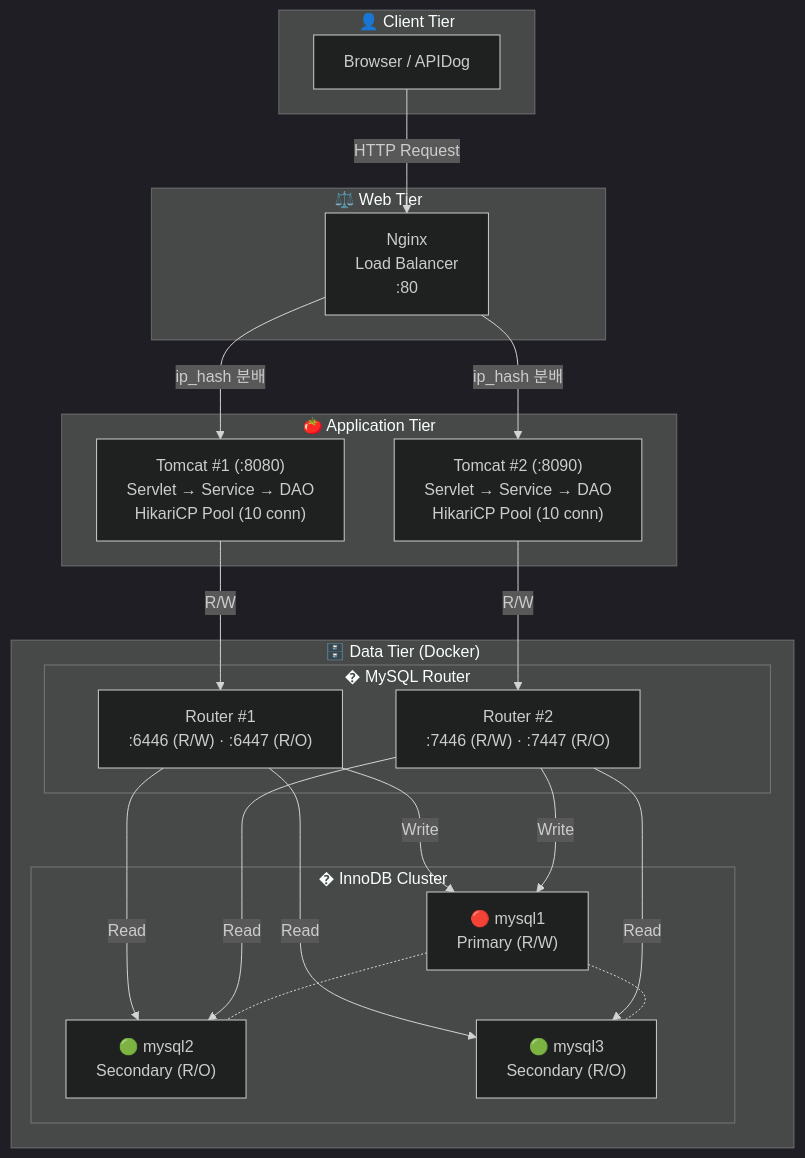
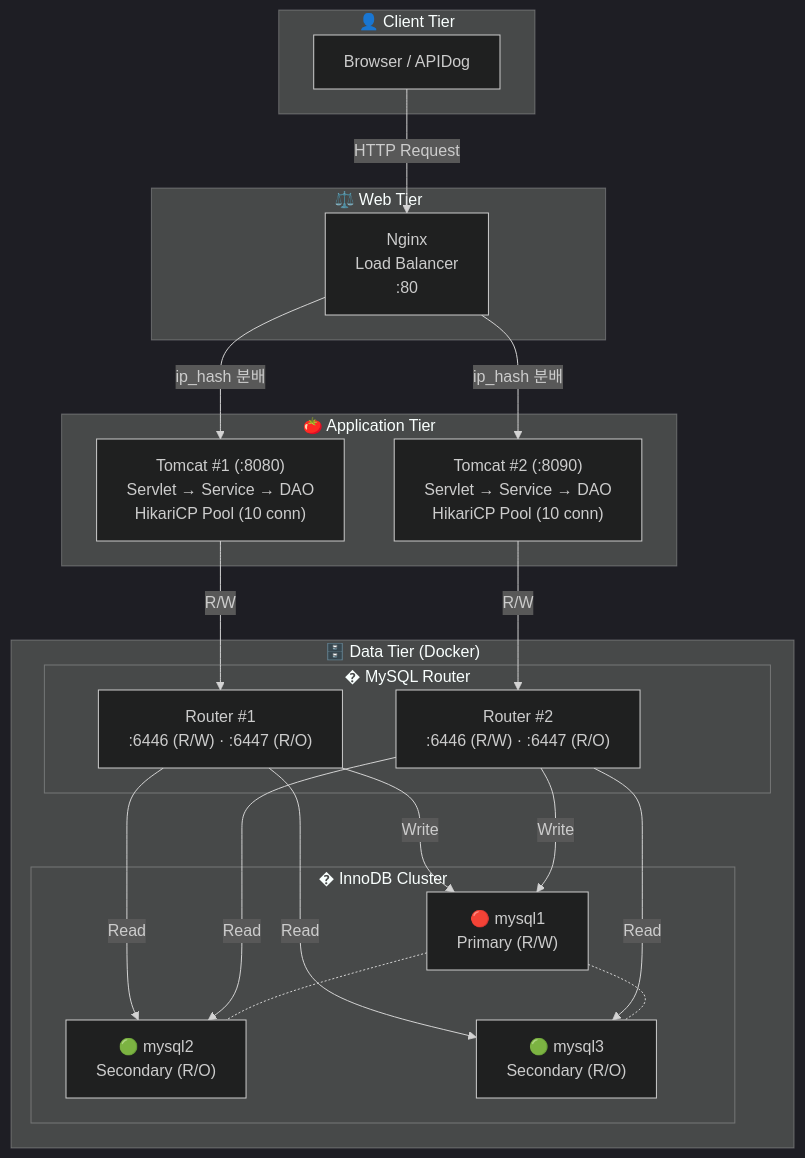
Before and after one commit to PetterChanHyuk/Woori-FISA_3-Tier-Architecture: the first of 3 diagrams in README.md, drawn with Mermaid (dark theme).

Commit message:
Fix MySQL Router #2 port numbers in README

````diff
--- a/README.md
+++ b/README.md
@@ -11,41 +11,41 @@
 ```mermaid
 flowchart TB
     subgraph CLIENT ["👤 Client Tier"]
         Browser["Browser / APIDog"]
     end
 
     subgraph WEB ["⚖️ Web Tier"]
         Nginx["Nginx<br/>Load Balancer<br/>:80"]
     end
 
     subgraph APP ["🍅 Application Tier"]
         T1["Tomcat #1 (:8080)<br/>Servlet → Service → DAO<br/>HikariCP Pool (10 conn)"]
         T2["Tomcat #2 (:8090)<br/>Servlet → Service → DAO<br/>HikariCP Pool (10 conn)"]
     end
 
     subgraph DATA ["🗄️ Data Tier (Docker)"]
         subgraph ROUTER ["� MySQL Router"]
             R1["Router #1<br/>:6446 (R/W) · :6447 (R/O)"]
-            R2["Router #2<br/>:7446 (R/W) · :7447 (R/O)"]
+            R2["Router #2<br/>:6446 (R/W) · :6447 (R/O)"]
         end
         subgraph CLUSTER ["�️ InnoDB Cluster"]
             M1["🔴 mysql1<br/>Primary (R/W)"]
             M2["🟢 mysql2<br/>Secondary (R/O)"]
             M3["🟢 mysql3<br/>Secondary (R/O)"]
         end
     end
 
     Browser -->|"HTTP Request"| Nginx
     Nginx -->|"ip_hash 분배"| T1
     Nginx -->|"ip_hash 분배"| T2
     T1 -->|"R/W"| R1
     T2 -->|"R/W"| R2
     R1 -->|"Write"| M1
     R1 -->|"Read"| M2
     R1 -->|"Read"| M3
     R2 -->|"Write"| M1
     R2 -->|"Read"| M2
     R2 -->|"Read"| M3
     M1 <-.- M2
     M1 <-.- M3
 ```
````
